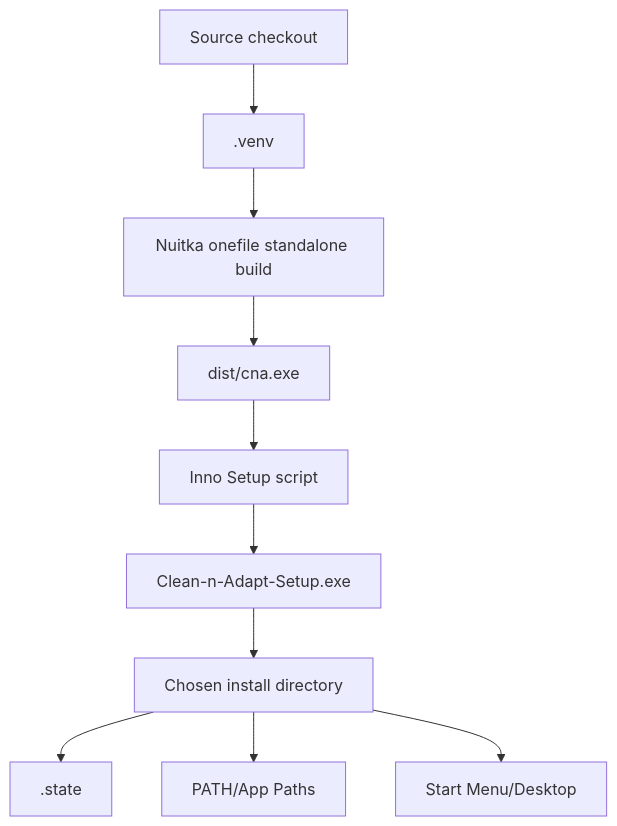
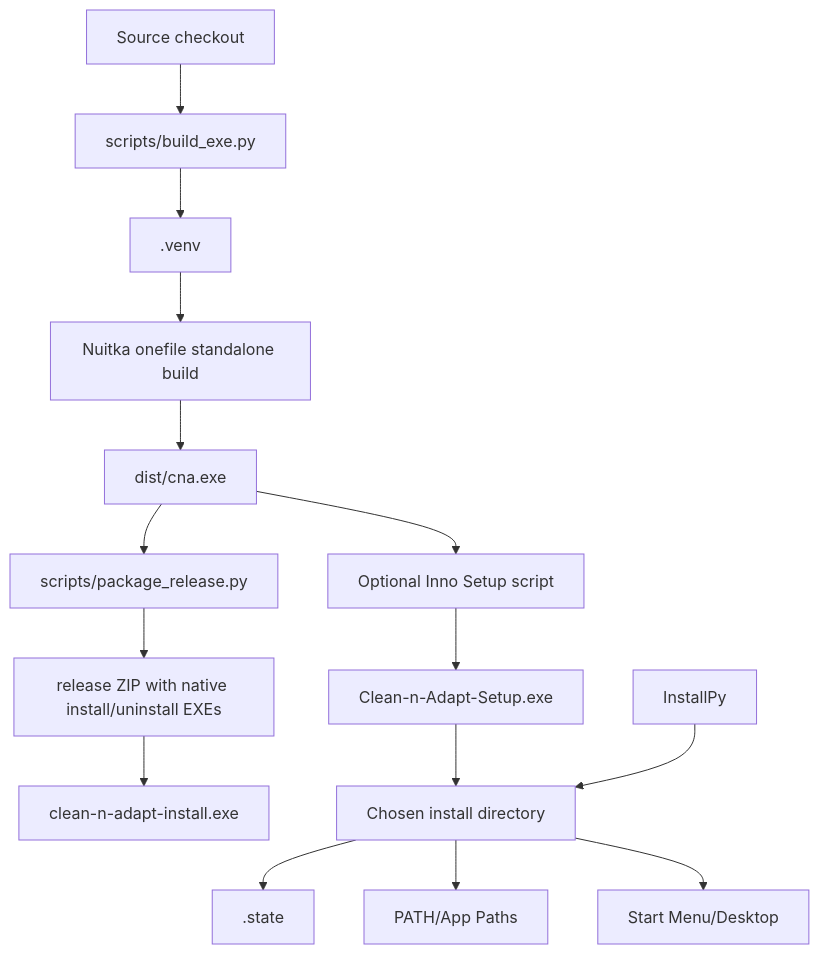
The eighth of 10 diagrams in ARCHITECTURE.md (snehil-pandey/clean-n-adapt), drawn with Mermaid before and after one commit. The commit also changed other lines of this file and 12 other files, not shown here.

Commit message:
Replace shell scripts with native Python packaging

````diff
--- a/ARCHITECTURE.md
+++ b/ARCHITECTURE.md
@@ -120,12 +121,17 @@
 ```mermaid
 flowchart TD
-    Source["Source checkout"] --> Venv[".venv"]
+    Source["Source checkout"] --> BuildPy["scripts/build_exe.py"]
+    BuildPy --> Venv[".venv"]
     Venv --> Nuitka["Nuitka onefile standalone build"]
     Nuitka --> Exe["dist/cna.exe"]
-    Exe --> Inno["Inno Setup script"]
+    Exe --> PackagePy["scripts/package_release.py"]
+    PackagePy --> Zip["release ZIP with native install/uninstall EXEs"]
+    Exe --> Inno["Optional Inno Setup script"]
     Inno --> Setup["Clean-n-Adapt-Setup.exe"]
+    Zip --> InstallExe["clean-n-adapt-install.exe"]
     Setup --> InstallDir["Chosen install directory"]
+    InstallPy --> InstallDir
     InstallDir --> State[".state"]
     InstallDir --> Path["PATH/App Paths"]
     InstallDir --> Shortcuts["Start Menu/Desktop"]
 ```
````
